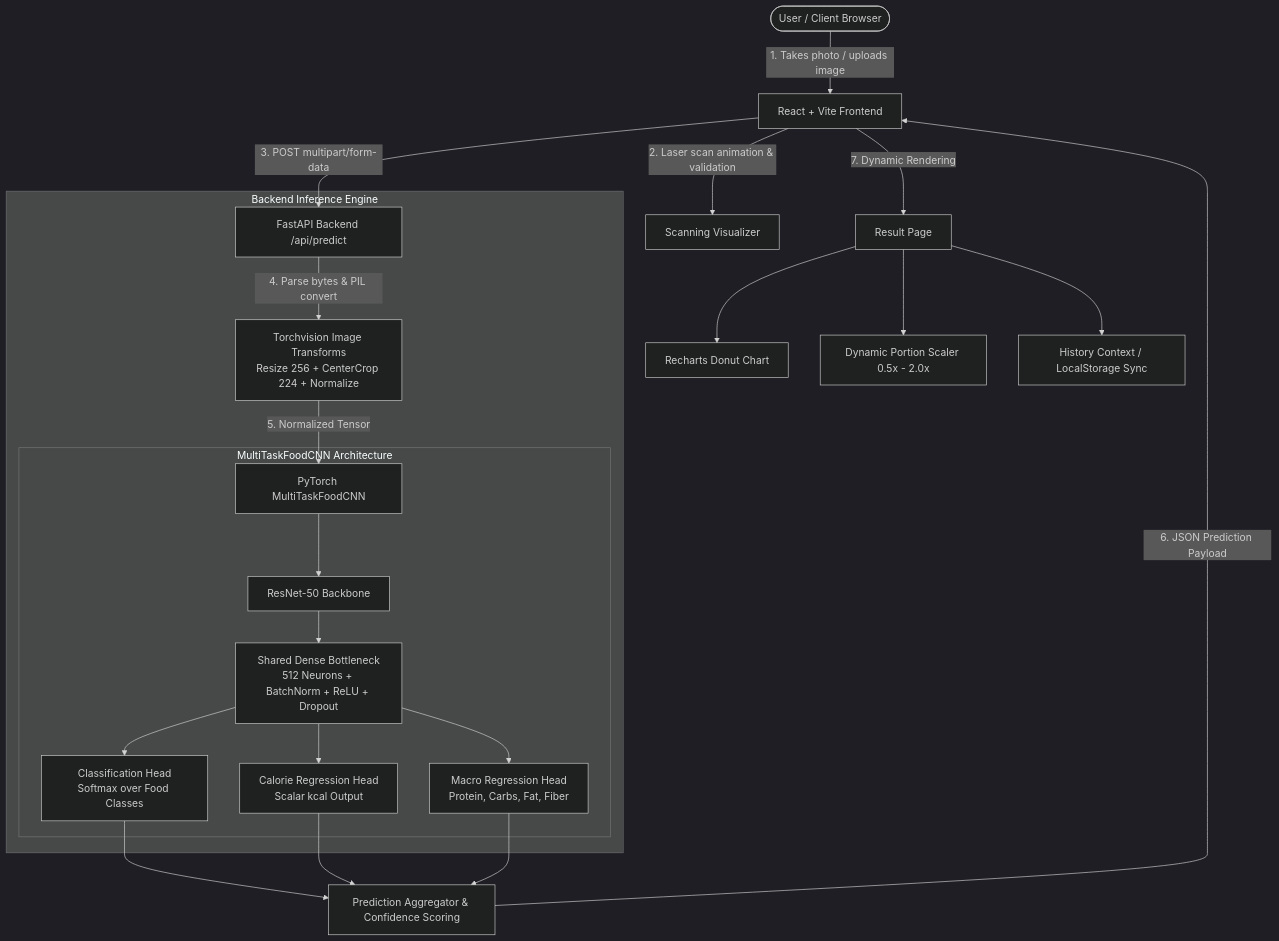
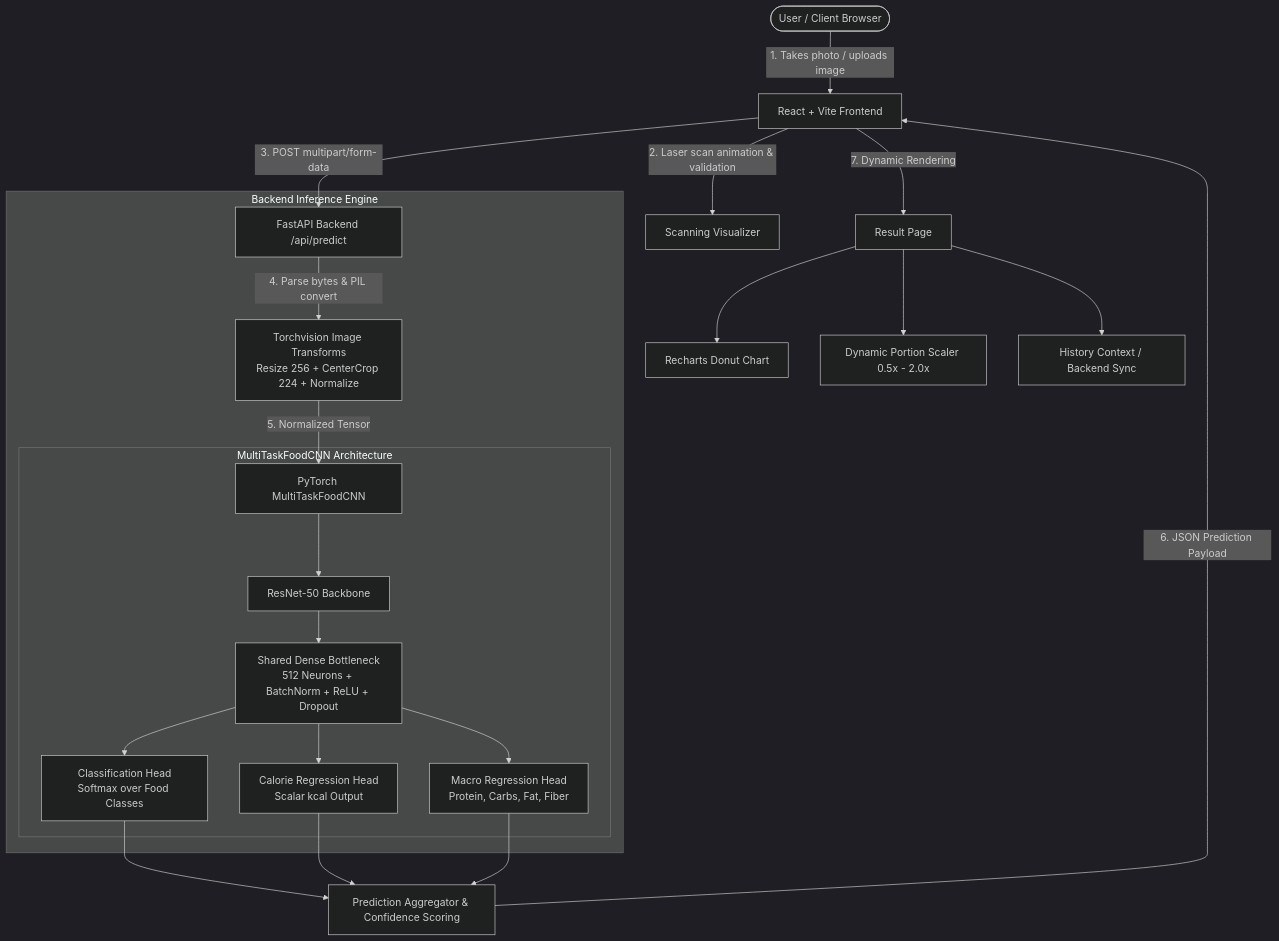
One commit to KARANVISHWAJYOTH/Food-Image-Calorie-Estimator changed the first of 2 diagrams in PROJECT_DOCUMENTATION.md. Above: the diagram before and after it, drawn with Mermaid (dark theme). The commit also changed other lines of this file and 35 other files, not shown here.

````diff
--- a/PROJECT_DOCUMENTATION.md
+++ b/PROJECT_DOCUMENTATION.md
@@ -112,29 +132,29 @@
 ```mermaid
 flowchart TD
     User([User / Client Browser]) -->|1. Takes photo / uploads image| FE[React + Vite Frontend]
     FE -->|2. Laser scan animation & validation| ScanUI[Scanning Visualizer]
     FE -->|3. POST multipart/form-data| API[FastAPI Backend /api/predict]
     
     subgraph Backend_Inference[Backend Inference Engine]
         API -->|4. Parse bytes & PIL convert| Trans[Torchvision Image Transforms<br/>Resize 256 + CenterCrop 224 + Normalize]
         Trans -->|5. Normalized Tensor| CNN[PyTorch MultiTaskFoodCNN]
         
         subgraph MultiTask_Network[MultiTaskFoodCNN Architecture]
             CNN --> BB[ResNet-50 Backbone]
             BB --> Bottleneck[Shared Dense Bottleneck<br/>512 Neurons + BatchNorm + ReLU + Dropout]
             Bottleneck --> HeadCls[Classification Head<br/>Softmax over Food Classes]
             Bottleneck --> HeadCal[Calorie Regression Head<br/>Scalar kcal Output]
             Bottleneck --> HeadMacro[Macro Regression Head<br/>Protein, Carbs, Fat, Fiber]
         end
     end
     
     HeadCls --> OutputAgg[Prediction Aggregator & Confidence Scoring]
     HeadCal --> OutputAgg
     HeadMacro --> OutputAgg
     OutputAgg -->|6. JSON Prediction Payload| FE
     
     FE -->|7. Dynamic Rendering| ResPage[Result Page]
     ResPage --> Chart[Recharts Donut Chart]
     ResPage --> Scaler[Dynamic Portion Scaler 0.5x - 2.0x]
-    ResPage --> HistCtx[History Context / LocalStorage Sync]
+    ResPage --> HistCtx[History Context / Backend Sync]
 ```
````
